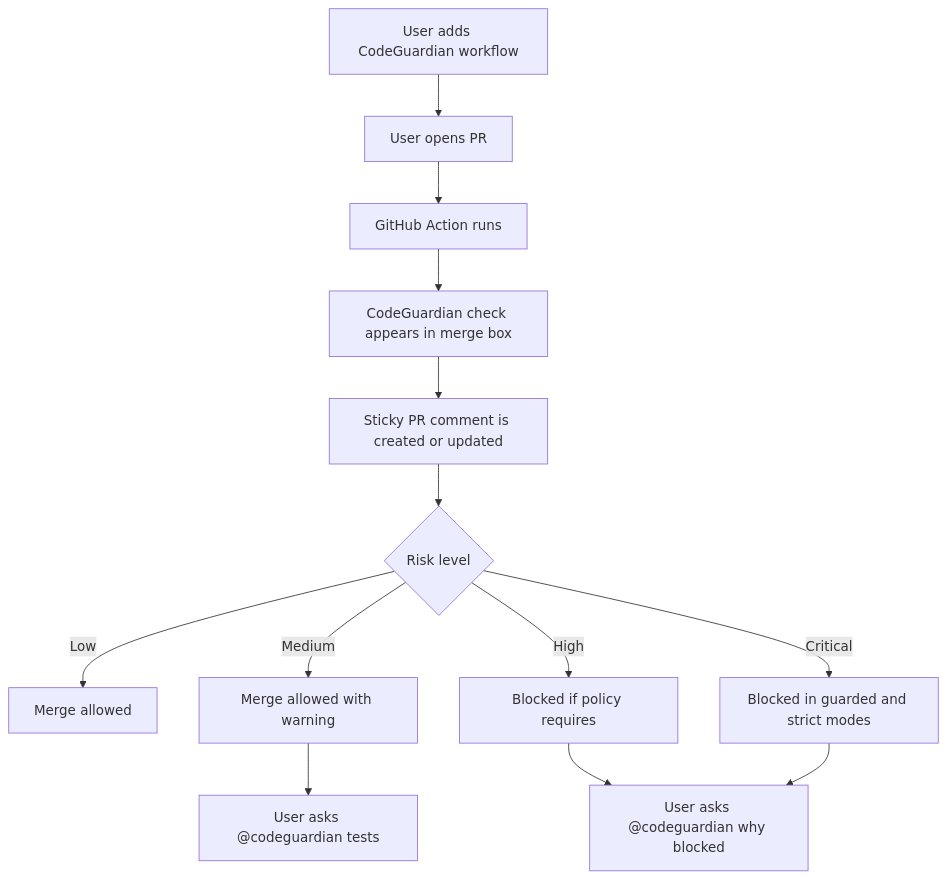
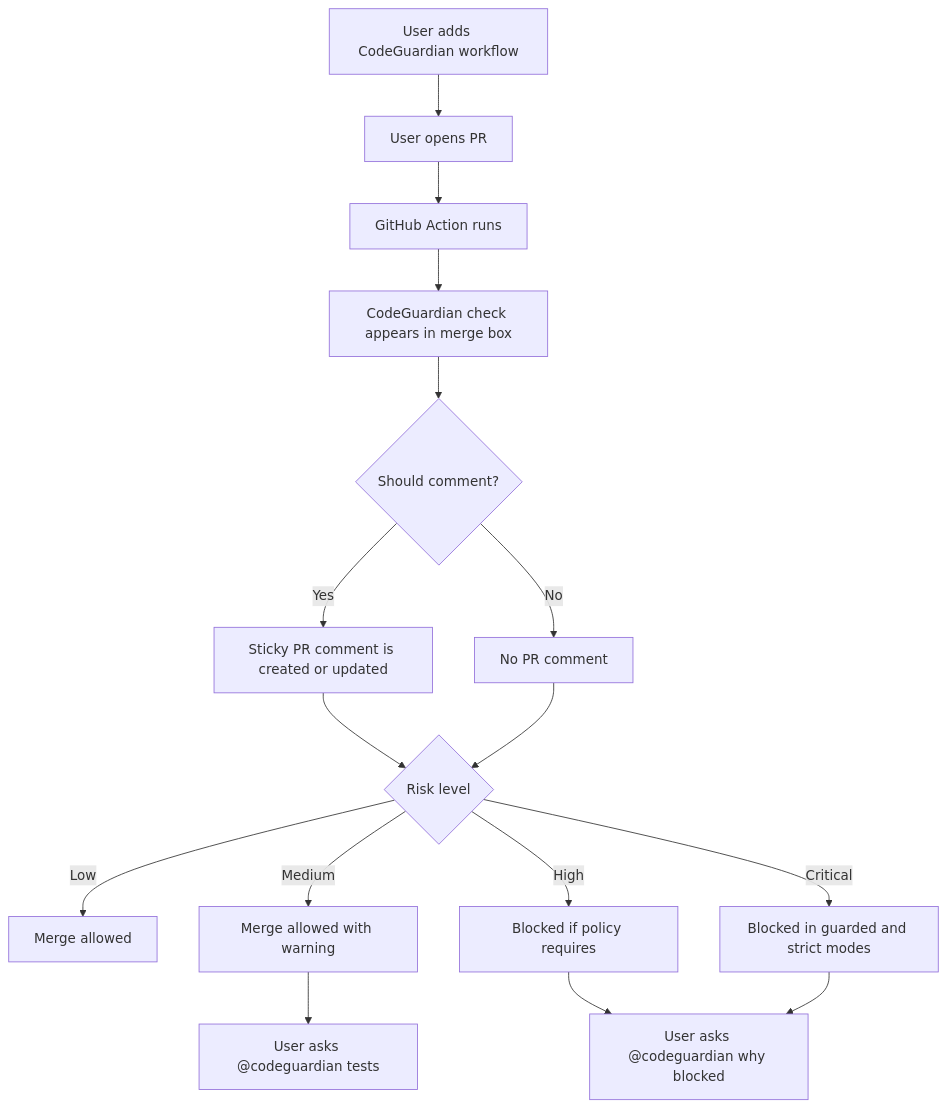
One commit to ayushkumar320/CodeGuardian changed the diagram in doc/build/phase-0-product-foundation.md. Above: the diagram before and after it, drawn with Mermaid. The commit also changed other lines of this file and 9 other files, not shown here.

Commit message:
docs: align build prompts with context graph

````diff
--- a/doc/build/phase-0-product-foundation.md
+++ b/doc/build/phase-0-product-foundation.md
@@ -29,15 +29,18 @@
 ```mermaid
 flowchart TD
   A["User adds CodeGuardian workflow"] --> B["User opens PR"]
   B --> C["GitHub Action runs"]
   C --> D["CodeGuardian check appears in merge box"]
-  D --> E["Sticky PR comment is created or updated"]
-  E --> F{"Risk level"}
-  F -->|Low| G["Merge allowed"]
-  F -->|Medium| H["Merge allowed with warning"]
-  F -->|High| I["Blocked if policy requires"]
-  F -->|Critical| J["Blocked in guarded and strict modes"]
-  H --> K["User asks @codeguardian tests"]
-  I --> L["User asks @codeguardian why blocked"]
-  J --> L
+  D --> E{"Should comment?"}
+  E -->|Yes| F["Sticky PR comment is created or updated"]
+  E -->|No| G["No PR comment"]
+  F --> H{"Risk level"}
+  G --> H
+  H -->|Low| I["Merge allowed"]
+  H -->|Medium| J["Merge allowed with warning"]
+  H -->|High| K["Blocked if policy requires"]
+  H -->|Critical| L["Blocked in guarded and strict modes"]
+  J --> M["User asks @codeguardian tests"]
+  K --> N["User asks @codeguardian why blocked"]
+  L --> N
 ```
````
